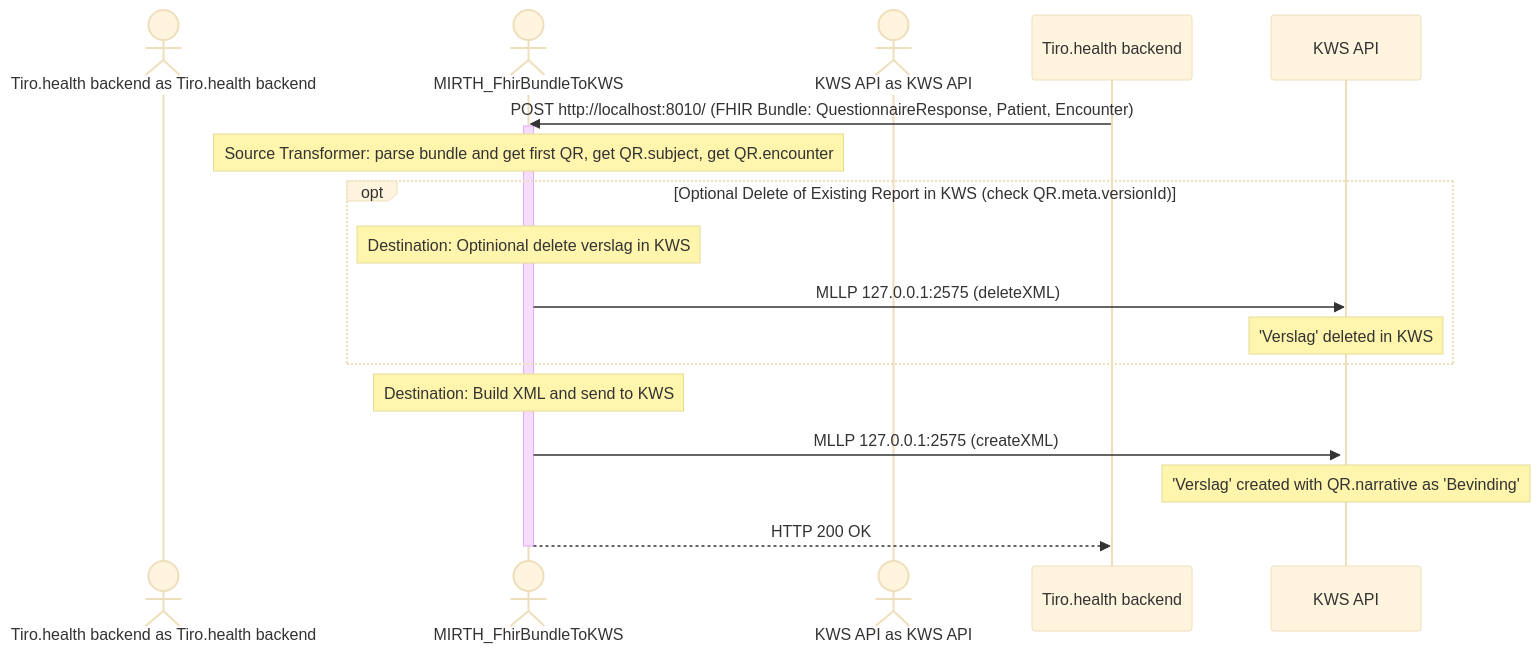
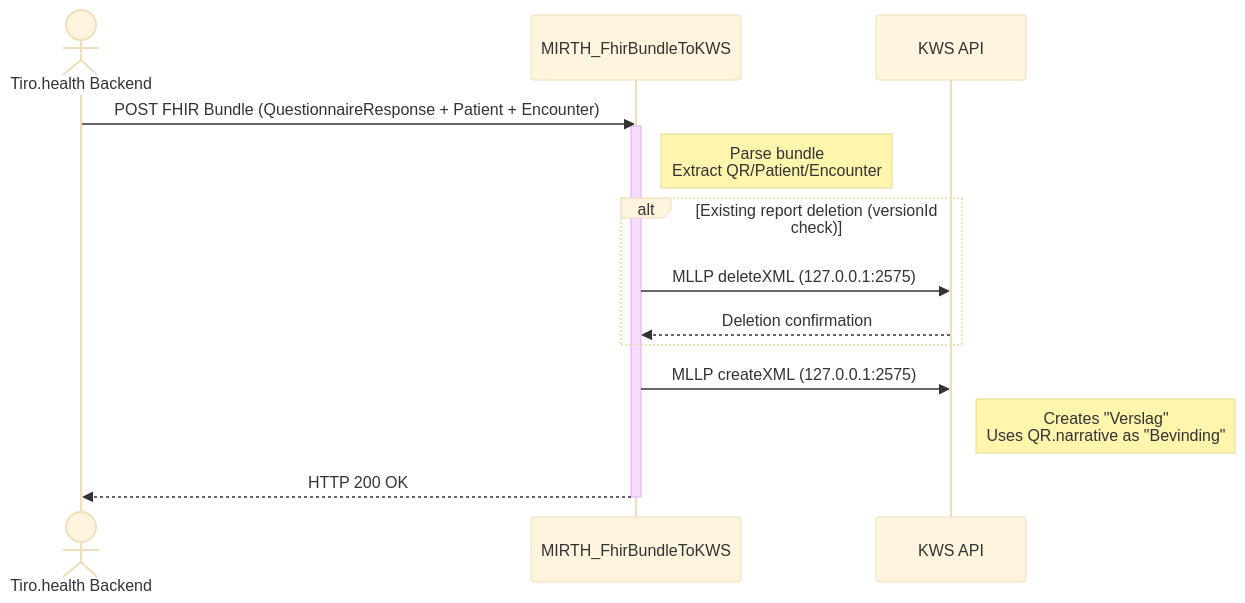
One commit to Tiro-health/atticus-mirth changed the first of 2 diagrams in channels/export/FHIRBundleToKWS/README.md. Above: the diagram before and after it, drawn with Mermaid (base theme). The commit also changed other lines of this file and 9 other files, not shown here.

````diff
--- a/channels/export/FHIRBundleToKWS/README.md
+++ b/channels/export/FHIRBundleToKWS/README.md
@@ -172,22 +35,20 @@
 ```mermaid
 sequenceDiagram
-    actor Tiro.health backend as Tiro.health backend
-    actor MIRTH_FhirBundleToKWS as MIRTH_FhirBundleToKWS
-    actor KWS API as KWS API
+    actor TiroBackend as Tiro.health Backend
+    participant MIRTH as MIRTH_FhirBundleToKWS
+    participant KWS as KWS API
 
-    Tiro.health backend->>MIRTH_FhirBundleToKWS: POST http://localhost:8010/ (FHIR Bundle: QuestionnaireResponse, Patient, Encounter)
-    activate MIRTH_FhirBundleToKWS
-    Note over MIRTH_FhirBundleToKWS: Source Transformer: parse bundle and get first QR, get QR.subject, get QR.encounter 
-
-    opt Optional Delete of Existing Report in KWS (check QR.meta.versionId)
-        Note over MIRTH_FhirBundleToKWS: Destination: Optinional delete verslag in KWS 
-        MIRTH_FhirBundleToKWS->>KWS API: MLLP 127.0.0.1:2575 (deleteXML)
-        Note over KWS API: 'Verslag' deleted in KWS
+    TiroBackend->>MIRTH: POST FHIR Bundle (QuestionnaireResponse + Patient + Encounter)
+    activate MIRTH
+    Note right of MIRTH: Parse bundle<br/>Extract QR/Patient/Encounter
+    
+    alt Existing report deletion (versionId check)
+        MIRTH->>KWS: MLLP deleteXML (127.0.0.1:2575)
+        KWS-->>MIRTH: Deletion confirmation
     end
-    Note over MIRTH_FhirBundleToKWS: Destination: Build XML and send to KWS
-    MIRTH_FhirBundleToKWS->>+KWS API: MLLP 127.0.0.1:2575 (createXML)
-    Note over KWS API: 'Verslag' created with QR.narrative as 'Bevinding'
-    activate KWS API
-    MIRTH_FhirBundleToKWS-->>Tiro.health backend: HTTP 200 OK
-    deactivate MIRTH_FhirBundleToKWS
+    
+    MIRTH->>KWS: MLLP createXML (127.0.0.1:2575)
+    Note right of KWS: Creates "Verslag"<br/>Uses QR.narrative as "Bevinding"
+    MIRTH-->>TiroBackend: HTTP 200 OK
+    deactivate MIRTH
 ```
````
